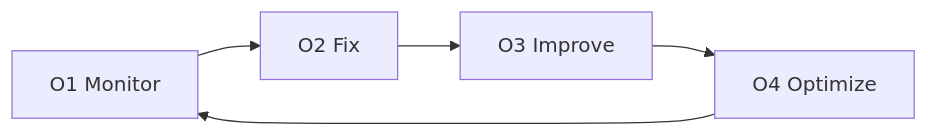
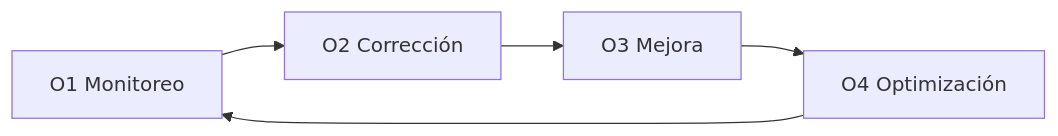
The diagram in website/i18n/es/docusaurus-plugin-content-docs/current/framework/operate.md (admin-feel-coding/feel-coding-docs), drawn with Mermaid before and after one commit. The commit also changed other lines of this file and 14 other files, not shown here.

````diff
--- a/website/i18n/es/docusaurus-plugin-content-docs/current/framework/operate.md
+++ b/website/i18n/es/docusaurus-plugin-content-docs/current/framework/operate.md
@@ -47,5 +47,5 @@
 ```mermaid
 flowchart LR
-    O1["O1 Monitor"] --> O2["O2 Fix"] --> O3["O3 Improve"] --> O4["O4 Optimize"]
+    O1["O1 Monitoreo"] --> O2["O2 Corrección"] --> O3["O3 Mejora"] --> O4["O4 Optimización"]
     O4 --> O1
 ```
````
